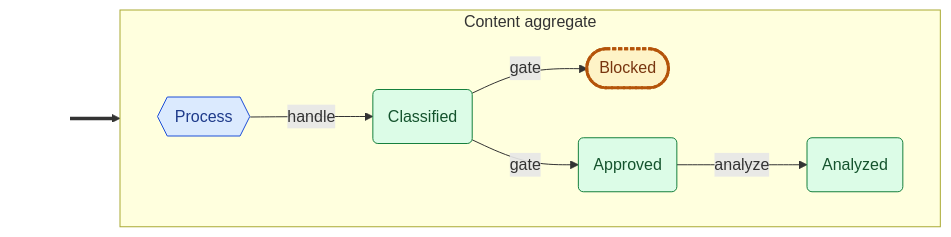
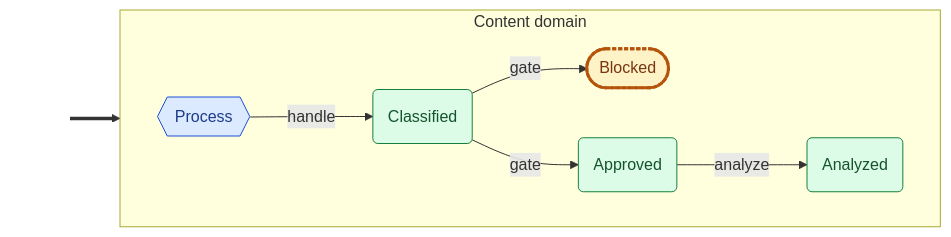
Before and after one commit to cadance-io/langgraph-events: the second of 2 diagrams in examples/content_pipeline.graph.md, drawn with Mermaid. The commit also changed other lines of this file and 43 other files, not shown here.

First line of the commit message:
feat: rename Aggregate→Domain, add post-command invariant check, reroute invariants in mermaid

````diff
--- a/examples/content_pipeline.graph.md
+++ b/examples/content_pipeline.graph.md
@@ -43,23 +44,23 @@
 ```mermaid
 graph LR
     classDef entry fill:none,stroke:none,color:none
     classDef cmd fill:#dbeafe,stroke:#1d4ed8,color:#1e3a8a
     classDef devt fill:#dcfce7,stroke:#15803d,color:#14532d
     classDef intg fill:#ede9fe,stroke:#6d28d9,color:#4c1d95
     classDef syst fill:#fef3c7,stroke:#b45309,color:#78350f
     classDef halt fill:#fef3c7,stroke:#b45309,color:#78350f,stroke-width:3px,stroke-dasharray:4 2
     classDef inv fill:#ffedd5,stroke:#c2410c,color:#7c2d12
-    subgraph Content["Content aggregate"]
+    subgraph Content["Content domain"]
         direction LR
         Analyzed(Analyzed):::devt
         Approved(Approved):::devt
         Blocked([Blocked]):::halt
         Classified(Classified):::devt
         Process{{Process}}:::cmd
     end
     _e0_[ ]:::entry ==> Process
     Process -->|handle| Classified
     Classified -->|gate| Blocked
     Classified -->|gate| Approved
     Approved -->|analyze| Analyzed
 ```
````
